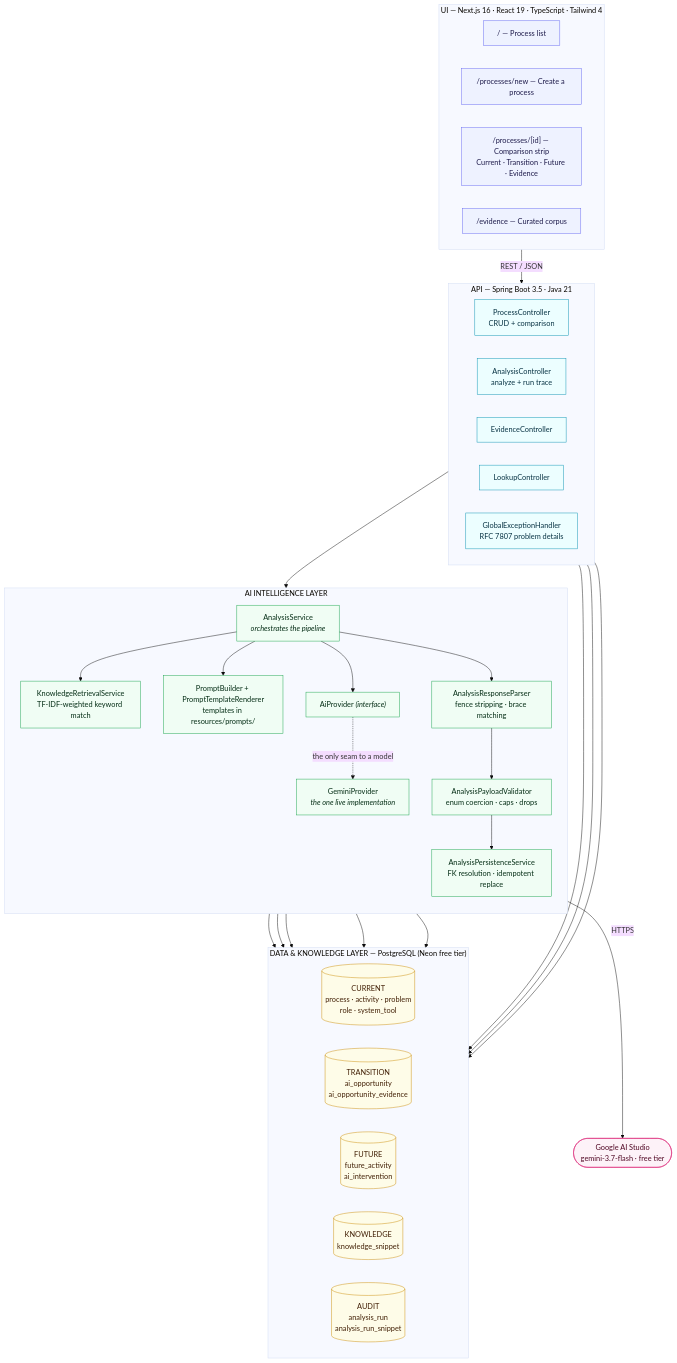
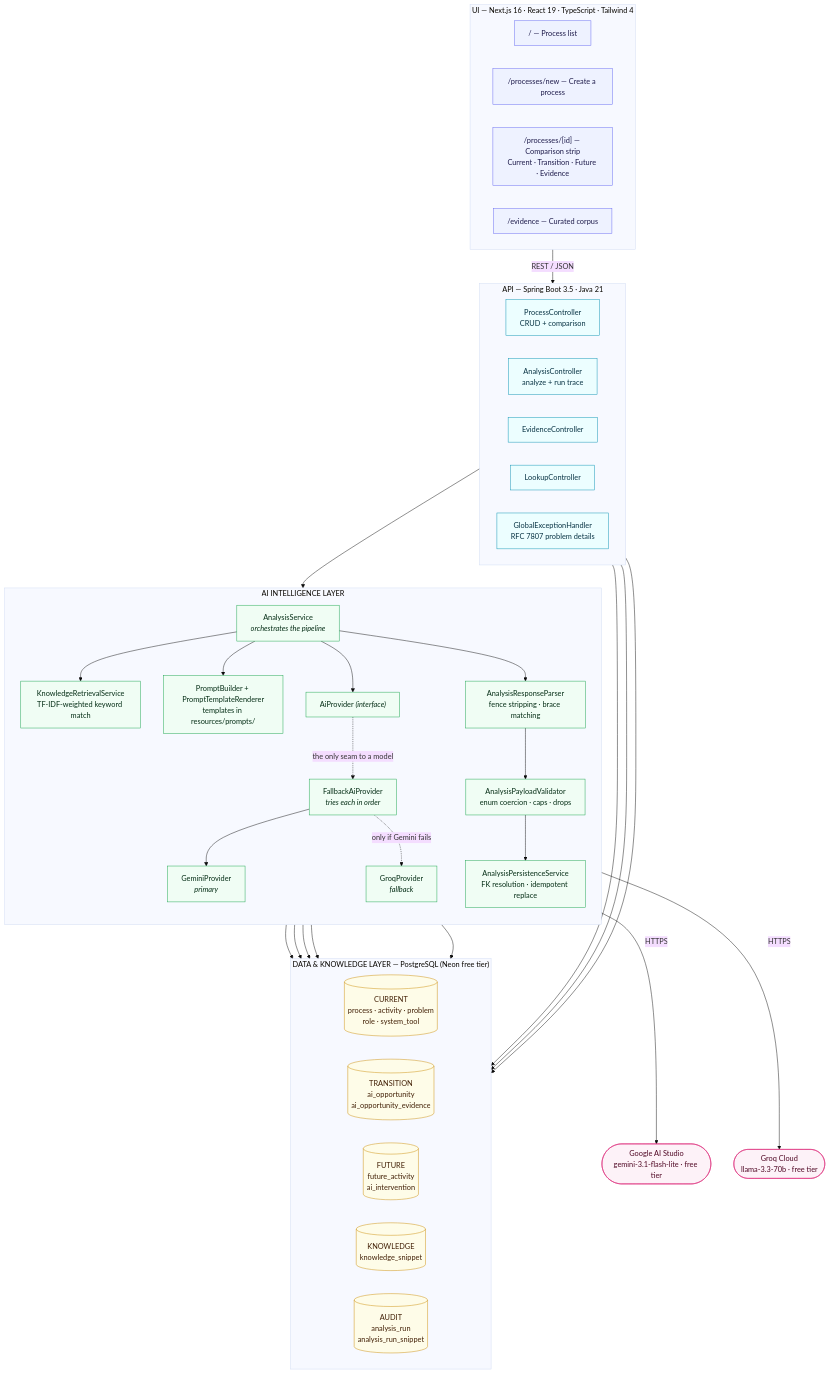
Before and after one commit to Saisrijan166/future-process-designer: the first of 3 diagrams in docs/architecture-diagram.md, drawn with Mermaid (base theme). The commit also changed other lines of this file and 30 other files, not shown here.

First line of the commit message:
Add Groq failover, cut Gemini quota use, and make the UI self-explanatory

````diff
--- a/docs/architecture-diagram.md
+++ b/docs/architecture-diagram.md
@@ -5,67 +5,72 @@
 ```mermaid
 flowchart TB
     subgraph UI["UI — Next.js 16 · React 19 · TypeScript · Tailwind 4"]
         direction LR
         DASH["/ — Process list"]
         NEW["/processes/new — Create a process"]
         DETAIL["/processes/[id] — Comparison strip<br/>Current · Transition · Future · Evidence"]
         EVID["/evidence — Curated corpus"]
     end
 
     subgraph API["API — Spring Boot 3.5 · Java 21"]
         direction LR
         PC["ProcessController<br/>CRUD + comparison"]
         AC["AnalysisController<br/>analyze + run trace"]
         EC["EvidenceController"]
         LC["LookupController"]
         GEH["GlobalExceptionHandler<br/>RFC 7807 problem details"]
     end
 
     subgraph AI["AI INTELLIGENCE LAYER"]
         direction TB
         AS["AnalysisService<br/><i>orchestrates the pipeline</i>"]
         KRS["KnowledgeRetrievalService<br/>TF-IDF-weighted keyword match"]
         PB["PromptBuilder + PromptTemplateRenderer<br/>templates in resources/prompts/"]
         AP["AiProvider <i>(interface)</i>"]
-        GP["GeminiProvider<br/><i>the one live implementation</i>"]
+        FB["FallbackAiProvider<br/><i>tries each in order</i>"]
+        GP["GeminiProvider<br/><i>primary</i>"]
+        GQ["GroqProvider<br/><i>fallback</i>"]
         PARSE["AnalysisResponseParser<br/>fence stripping · brace matching"]
         VAL["AnalysisPayloadValidator<br/>enum coercion · caps · drops"]
         PERS["AnalysisPersistenceService<br/>FK resolution · idempotent replace"]
     end
 
     subgraph DATA["DATA & KNOWLEDGE LAYER — PostgreSQL (Neon free tier)"]
         direction LR
         CUR[("CURRENT<br/>process · activity · problem<br/>role · system_tool")]
         TRANS[("TRANSITION<br/>ai_opportunity<br/>ai_opportunity_evidence")]
         FUT[("FUTURE<br/>future_activity<br/>ai_intervention")]
         KNOW[("KNOWLEDGE<br/>knowledge_snippet")]
         AUDIT[("AUDIT<br/>analysis_run<br/>analysis_run_snippet")]
     end
 
     UI -->|"REST / JSON"| API
     PC --> DATA
     EC --> KNOW
     LC --> DATA
     AC --> AS
 
     AS --> KRS --> KNOW
     AS --> PB
     AS --> AP
-    AP -.->|"the only seam to a model"| GP
-    GP -->|"HTTPS"| GEMINI(["Google AI Studio<br/>gemini-3.7-flash · free tier"])
+    AP -.->|"the only seam to a model"| FB
+    FB --> GP
+    FB -.->|"only if Gemini fails"| GQ
+    GP -->|"HTTPS"| GEMINI(["Google AI Studio<br/>gemini-3.1-flash-lite · free tier"])
+    GQ -->|"HTTPS"| GROQ(["Groq Cloud<br/>llama-3.3-70b · free tier"])
     AS --> PARSE --> VAL --> PERS
     PERS --> CUR & TRANS & FUT
     AS --> AUDIT
 
     classDef ui fill:#eef2ff,stroke:#6366f1,color:#1e1b4b
     classDef api fill:#ecfeff,stroke:#0891b2,color:#083344
     classDef ai fill:#f0fdf4,stroke:#16a34a,color:#052e16
     classDef data fill:#fefce8,stroke:#ca8a04,color:#422006
     classDef ext fill:#fdf2f8,stroke:#db2777,color:#500724
 
     class DASH,NEW,DETAIL,EVID ui
     class PC,AC,EC,LC,GEH api
-    class AS,KRS,PB,AP,GP,PARSE,VAL,PERS ai
+    class AS,KRS,PB,AP,FB,GP,GQ,PARSE,VAL,PERS ai
     class CUR,TRANS,FUT,KNOW,AUDIT data
-    class GEMINI ext
+    class GEMINI,GROQ ext
 ```
````
